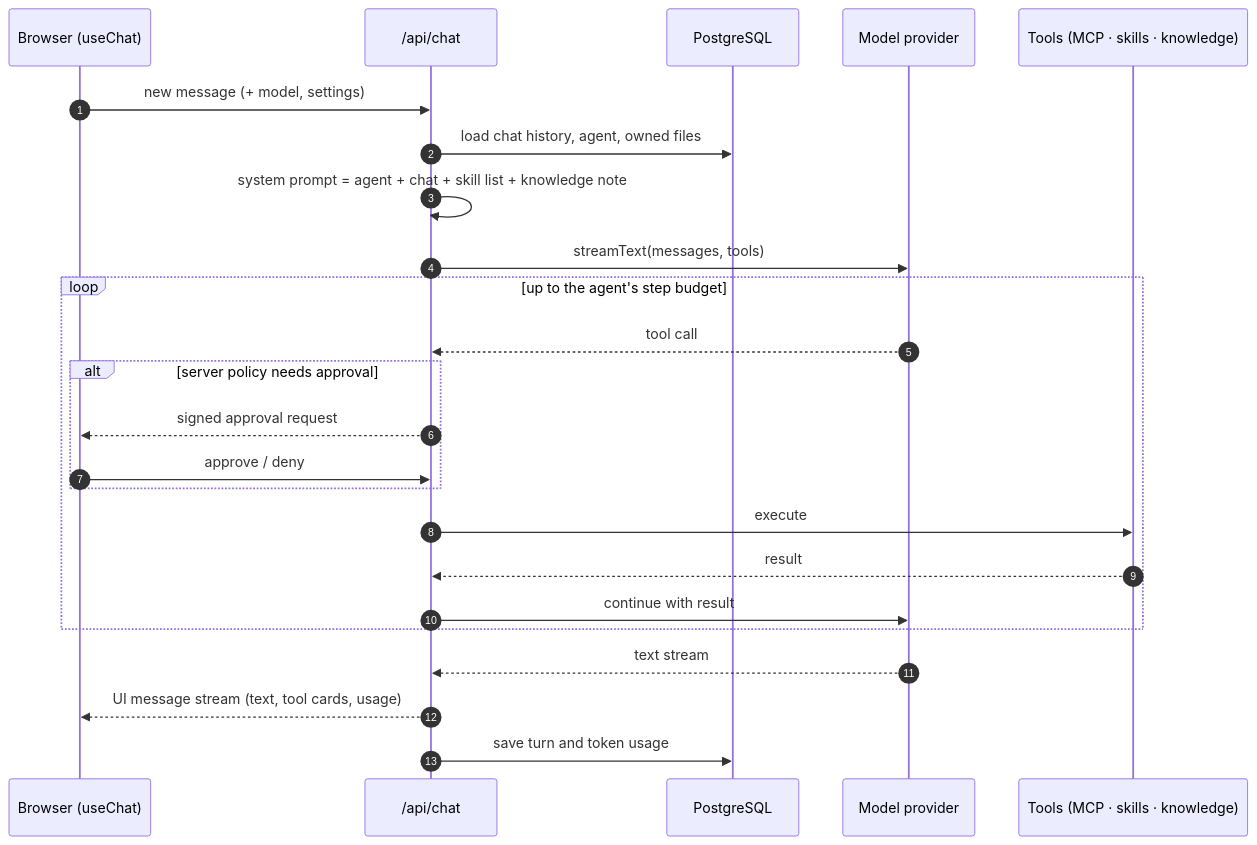
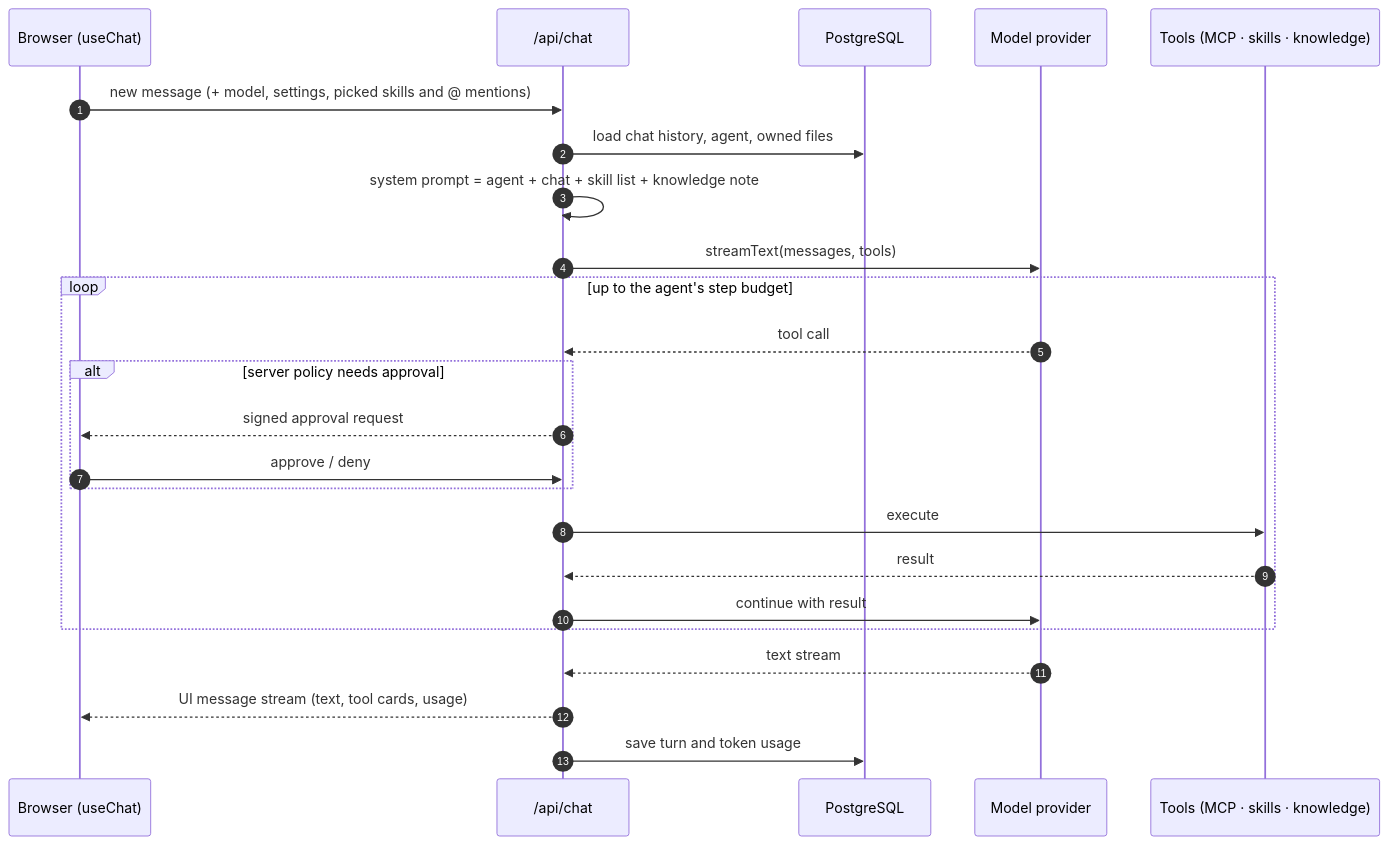
Before and after one commit to scorpionTaj/mcp-workbench: the second of 4 diagrams in README.md, drawn with Mermaid. The commit also changed other lines of this file and 12 other files, not shown here.

First line of the commit message:
Composer like the Claude desktop app: / skills and plugins, @ mentions

````diff
--- a/README.md
+++ b/README.md
@@ -234,27 +235,27 @@
 ```mermaid
 sequenceDiagram
   autonumber
   participant B as Browser (useChat)
   participant R as /api/chat
   participant DB as PostgreSQL
   participant M as Model provider
   participant T as Tools (MCP · skills · knowledge)
 
-  B->>R: new message (+ model, settings)
+  B->>R: new message (+ model, settings, picked skills and @ mentions)
   R->>DB: load chat history, agent, owned files
   R->>R: system prompt = agent + chat + skill list + knowledge note
   R->>M: streamText(messages, tools)
   loop up to the agent's step budget
     M-->>R: tool call
     alt server policy needs approval
       R-->>B: signed approval request
       B->>R: approve / deny
     end
     R->>T: execute
     T-->>R: result
     R->>M: continue with result
   end
   M-->>R: text stream
   R-->>B: UI message stream (text, tool cards, usage)
   R->>DB: save turn and token usage
 ```
````
